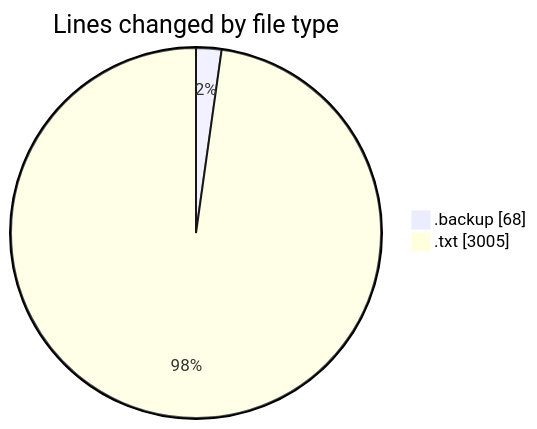
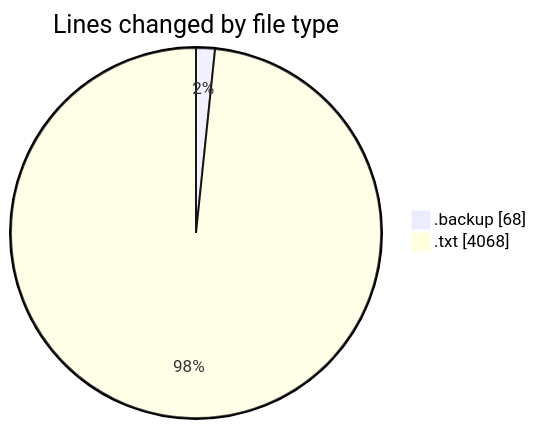
The first of 2 diagrams in 2026-11-25/informesdocpath/README.md (ricardozamudiocil/code-tracking), drawn with Mermaid before and after one commit. The commit also changed other lines of this file and 1 other file, not shown here.

````diff
--- a/2026-11-25/informesdocpath/README.md
+++ b/2026-11-25/informesdocpath/README.md
@@ -21,6 +22,6 @@
 ```mermaid
 pie showData
 title Lines changed by file type
 ".backup" : 68
-".txt" : 3005
+".txt" : 4068
 ```
````
